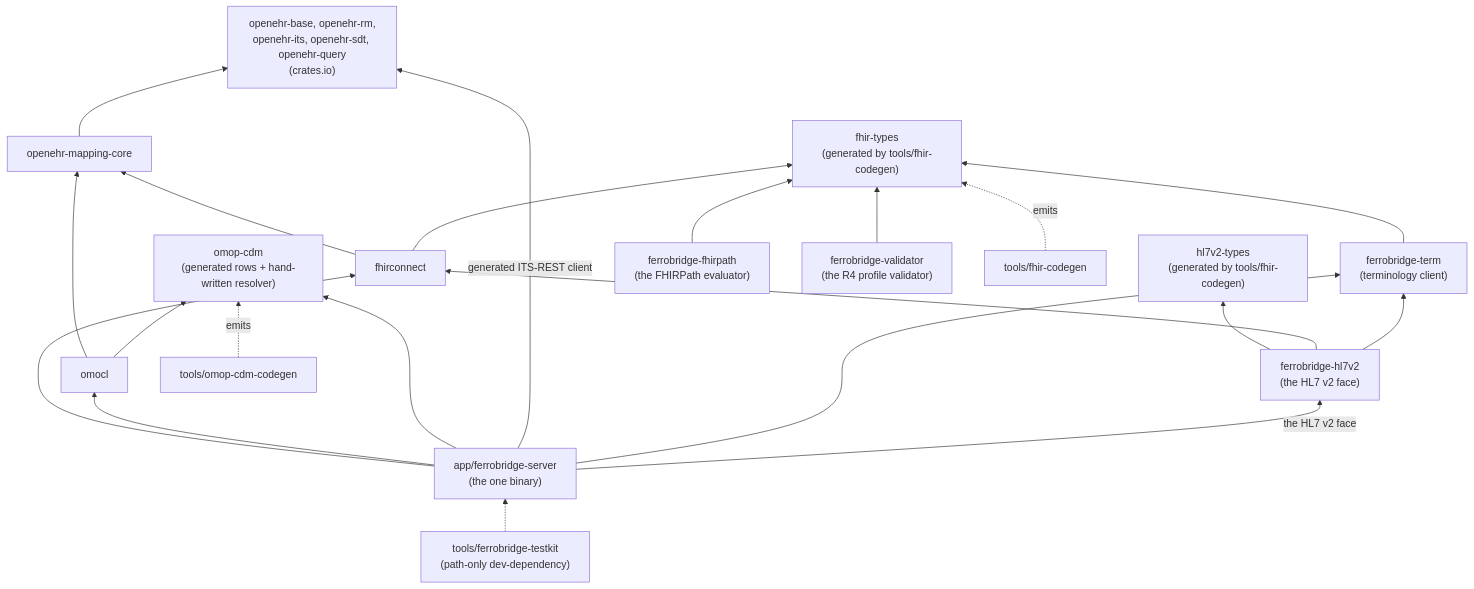
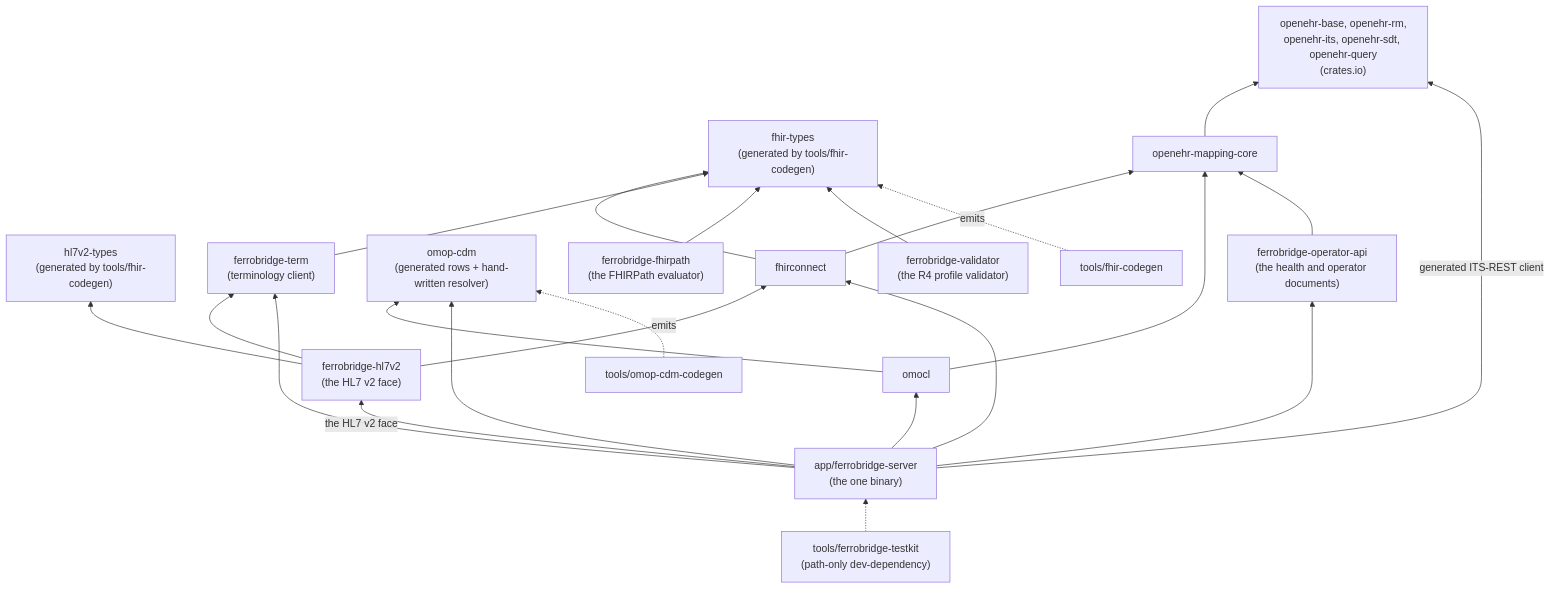
One commit to FerroHEALTH/FerroBRIDGE changed the eighth of 10 diagrams in docs/architecture.md. Above: the diagram before and after it, drawn with Mermaid. The commit also changed other lines of this file and 44 other files, not shown here.

First line of the commit message:
refactor(operator-api): share the health and operator documents through one contract crate (#777) (#801)

````diff
--- a/docs/architecture.md
+++ b/docs/architecture.md
@@ -1529,27 +1534,29 @@
 ```mermaid
 flowchart BT
     FT["fhir-types<br/>(generated by tools/fhir-codegen)"]
     HV["hl7v2-types<br/>(generated by tools/fhir-codegen)"]
     OE["openehr-base, openehr-rm,<br/>openehr-its, openehr-sdt, openehr-query<br/>(crates.io)"]
     MC["openehr-mapping-core"] --> OE
     FC["fhirconnect"] --> MC
     FC --> FT
     OM["omocl"] --> MC
     OC["omop-cdm<br/>(generated rows + hand-written resolver)"]
     OM --> OC
     TC["ferrobridge-term<br/>(terminology client)"] --> FT
     HL["ferrobridge-hl7v2<br/>(the HL7 v2 face)"] --> HV
     HL --> FC
     HL --> TC
     FP["ferrobridge-fhirpath<br/>(the FHIRPath evaluator)"] --> FT
     VA["ferrobridge-validator<br/>(the R4 profile validator)"] --> FT
+    OA["ferrobridge-operator-api<br/>(the health and operator documents)"] --> MC
     SV["app/ferrobridge-server<br/>(the one binary)"] --> FC
     SV --> OM
     SV --> OC
     SV -->|"generated ITS-REST client"| OE
     SV --> TC
     SV -->|"the HL7 v2 face"| HL
+    SV --> OA
     TK["tools/ferrobridge-testkit<br/>(path-only dev-dependency)"] -.-> SV
     CG["tools/fhir-codegen"] -.->|"emits"| FT
     OG["tools/omop-cdm-codegen"] -.->|"emits"| OC
 ```
````
